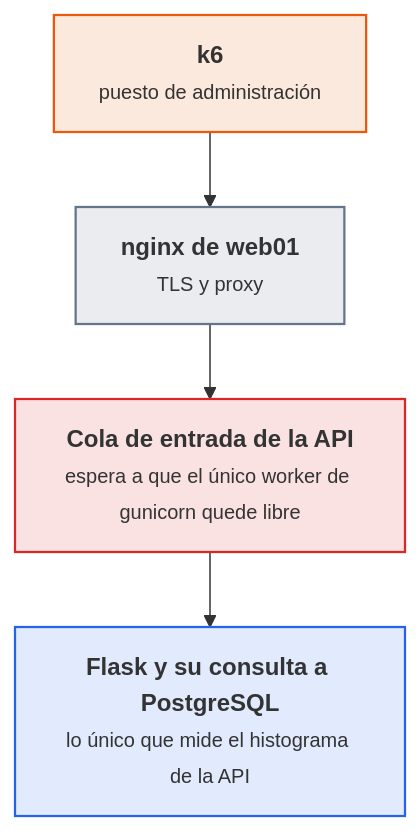
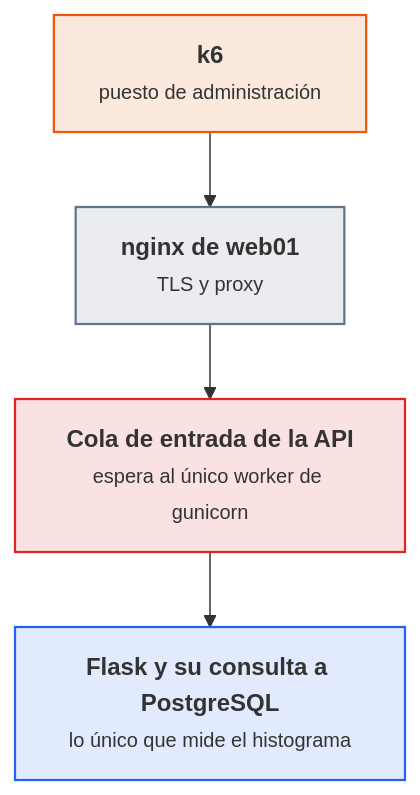
The fifth of 6 diagrams in docs/ut/ut4-kpi-pruebas.md (victor-educ/apuntes-5169), drawn with Mermaid before and after one commit. The commit also changed other lines of this file and 6 other files, not shown here.

````diff
--- a/docs/ut/ut4-kpi-pruebas.md
+++ b/docs/ut/ut4-kpi-pruebas.md
@@ -745,14 +873,12 @@
 ```mermaid
 flowchart TB
     K["<b>k6</b><br><small>puesto de administración</small>"]:::act
     W["<b>nginx de web01</b><br><small>TLS y proxy</small>"]:::pieza
-    C["<b>Cola de entrada de la API</b><br><small>espera a que el único worker de gunicorn quede libre</small>"]:::riesgo
-    F["<b>Flask y su consulta a PostgreSQL</b><br><small>lo único que mide el histograma de la API</small>"]:::dato
+    C["<b>Cola de entrada de la API</b><br><small>espera al único worker de gunicorn</small>"]:::riesgo
+    F["<b>Flask y su consulta a PostgreSQL</b><br><small>lo único que mide el histograma</small>"]:::dato
     K --> W --> C --> F
     classDef act fill:#ea580c22,stroke:#ea580c,stroke-width:1.5px
     classDef pieza fill:#64748b22,stroke:#64748b,stroke-width:1.5px
     classDef dato fill:#2563eb22,stroke:#2563eb,stroke-width:1.5px
-    classDef infra fill:#a1a1aa14,stroke:#a1a1aa,stroke-width:1.5px
-    classDef ok fill:#16a34a22,stroke:#16a34a,stroke-width:1.5px
     classDef riesgo fill:#dc262622,stroke:#dc2626,stroke-width:1.5px
 ```
````
